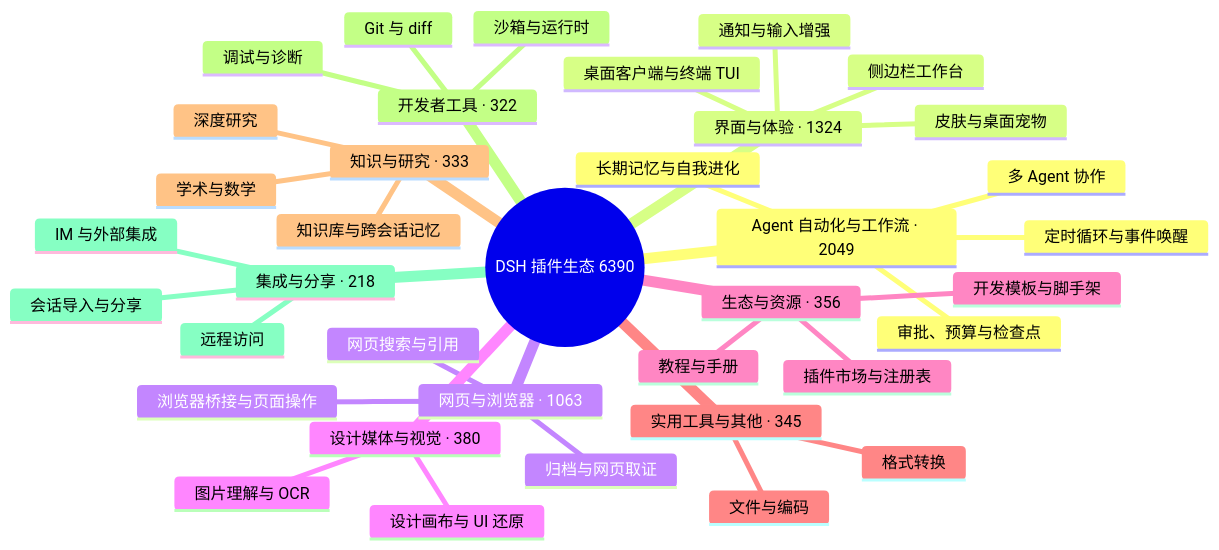
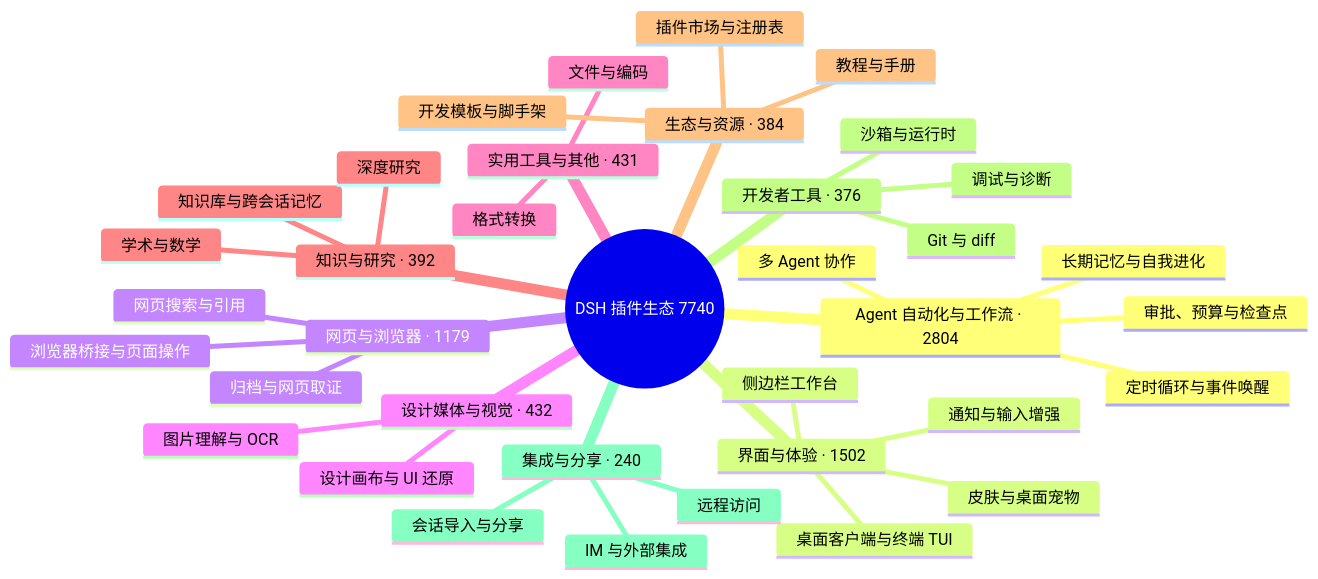
Before and after one commit to alexanderdcervantes-commits/dsh-hub: the diagram in public/readmes/bruc3van-awesome-dsh-plugin.md, drawn with Mermaid. The commit also changed other lines of this file and 336 other files, not shown here.

````diff
--- a/public/readmes/bruc3van-awesome-dsh-plugin.md
+++ b/public/readmes/bruc3van-awesome-dsh-plugin.md
@@ -33,40 +33,40 @@
 ```mermaid
 mindmap
-  root((DSH 插件生态 6390))
-    Agent 自动化与工作流 · 2049
+  root((DSH 插件生态 7740))
+    Agent 自动化与工作流 · 2804
       定时循环与事件唤醒
       多 Agent 协作
       长期记忆与自我进化
       审批、预算与检查点
-    界面与体验 · 1324
+    界面与体验 · 1502
       桌面客户端与终端 TUI
       侧边栏工作台
       皮肤与桌面宠物
       通知与输入增强
-    网页与浏览器 · 1063
+    网页与浏览器 · 1179
       浏览器桥接与页面操作
       网页搜索与引用
       归档与网页取证
-    设计媒体与视觉 · 380
+    设计媒体与视觉 · 432
       图片理解与 OCR
       设计画布与 UI 还原
-    生态与资源 · 356
+    实用工具与其他 · 431
+      文件与编码
+      格式转换
+    知识与研究 · 392
+      知识库与跨会话记忆
+      深度研究
+      学术与数学
+    生态与资源 · 384
       插件市场与注册表
       开发模板与脚手架
       教程与手册
-    实用工具与其他 · 345
-      文件与编码
-      格式转换
-    知识与研究 · 333
-      知识库与跨会话记忆
-      深度研究
-      学术与数学
-    开发者工具 · 322
+    开发者工具 · 376
       Git 与 diff
       沙箱与运行时
       调试与诊断
-    集成与分享 · 218
+    集成与分享 · 240
       会话导入与分享
       远程访问
       IM 与外部集成
 ```
````
